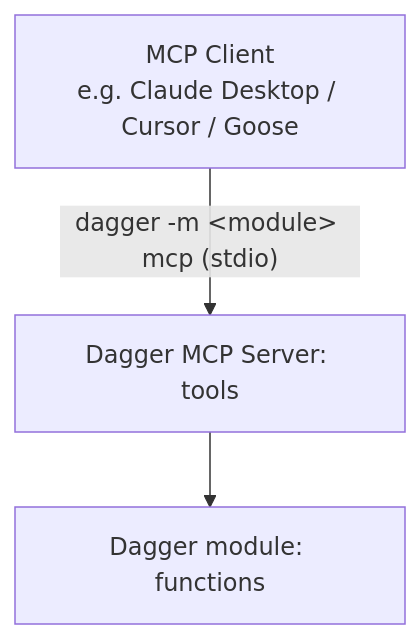
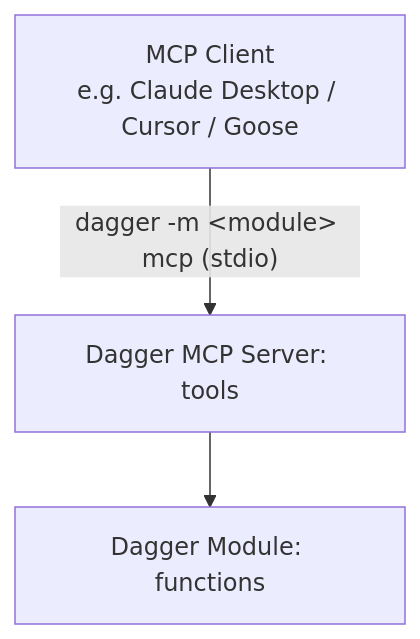
One commit to dagger/dagger changed the diagram in docs/current_docs/features/llm.mdx. Above: the diagram before and after it, drawn with Mermaid. The commit also changed other lines of this file and 41 other files, not shown here.

Commit message:
Dagger module -> Dagger Module

````diff
--- a/docs/current_docs/features/llm.mdx
+++ b/docs/current_docs/features/llm.mdx
@@ -94,5 +94,5 @@
 ```mermaid
 flowchart TD
     A["MCP Client<br>e.g. Claude Desktop / Cursor / Goose"] -- "dagger -m &lt;module&gt; mcp (stdio)" --> C["Dagger MCP Server: tools"]
-    C --> E["Dagger module: functions"]
+    C --> E["Dagger Module: functions"]
 ```
````
